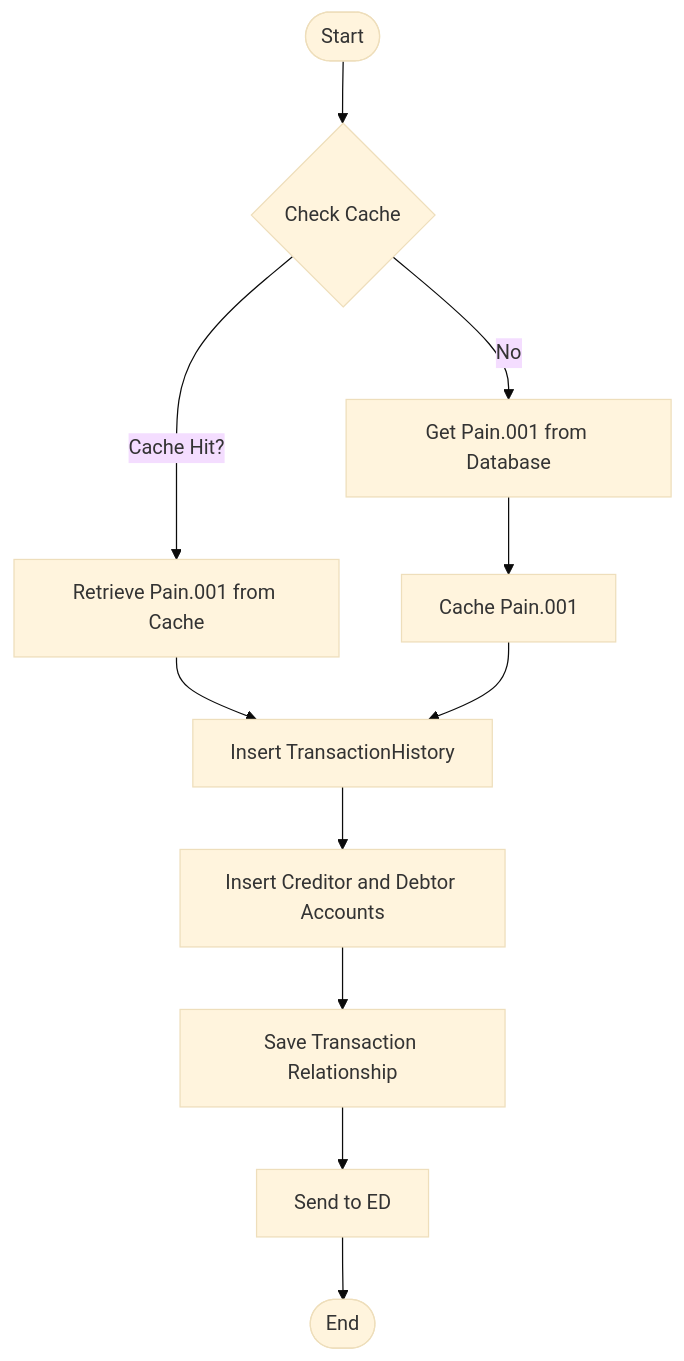
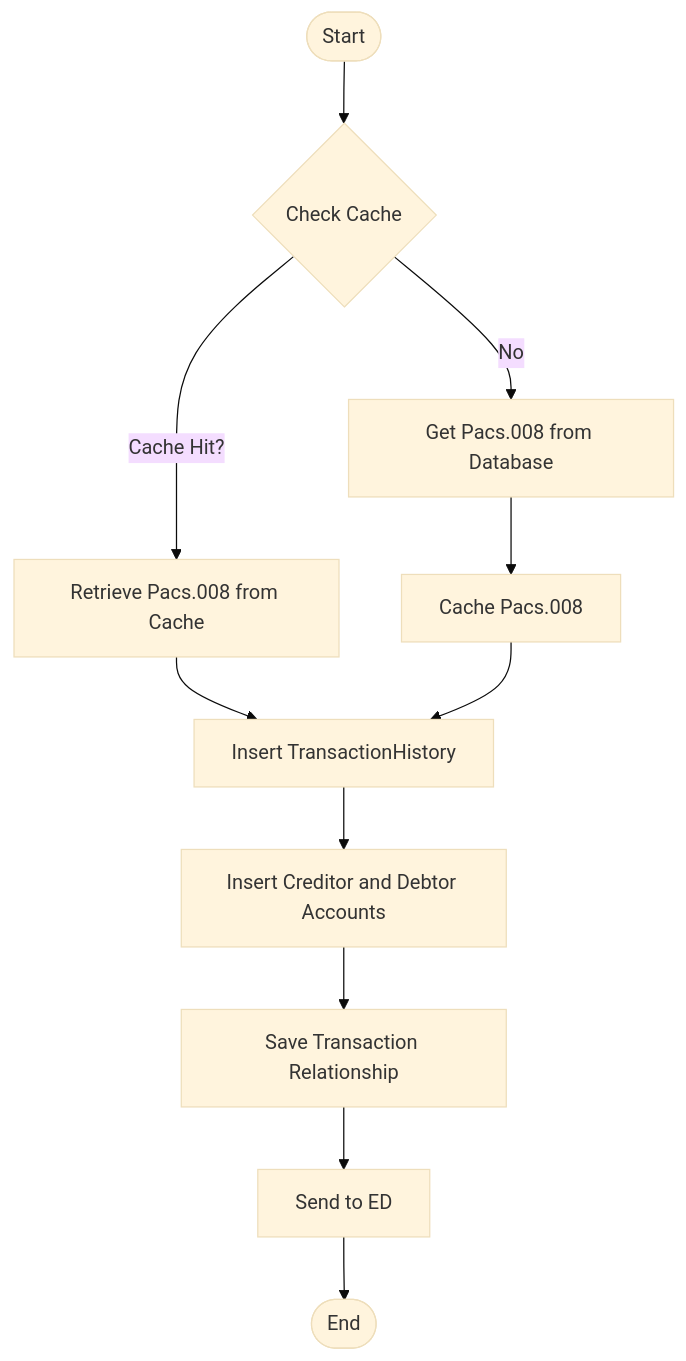
The third of 3 diagrams in README.md (tazama-lf/tms-service), drawn with Mermaid (base theme) before and after one commit. The commit also changed other lines of this file and 7 other files, not shown here.

````diff
--- a/README.md
+++ b/README.md
@@ -180,13 +180,13 @@
 ```mermaid
 graph TD
     A([Start]) --> B{Check Cache}
-    B -->|Cache Hit?| C[Retrieve Pain.001 from Cache]
-    B -->|No| D[Get Pain.001 from Database]
-    D --> E[Cache Pain.001]
+    B -->|Cache Hit?| C[Retrieve Pacs.008 from Cache]
+    B -->|No| D[Get Pacs.008 from Database]
+    D --> E[Cache Pacs.008]
     C --> F[Insert TransactionHistory]
     E --> F
     F --> G[Insert Creditor and Debtor Accounts]
     G --> H[Save Transaction Relationship]
     H --> I[Send to ED]
     I --> J([End])
 ```
````
